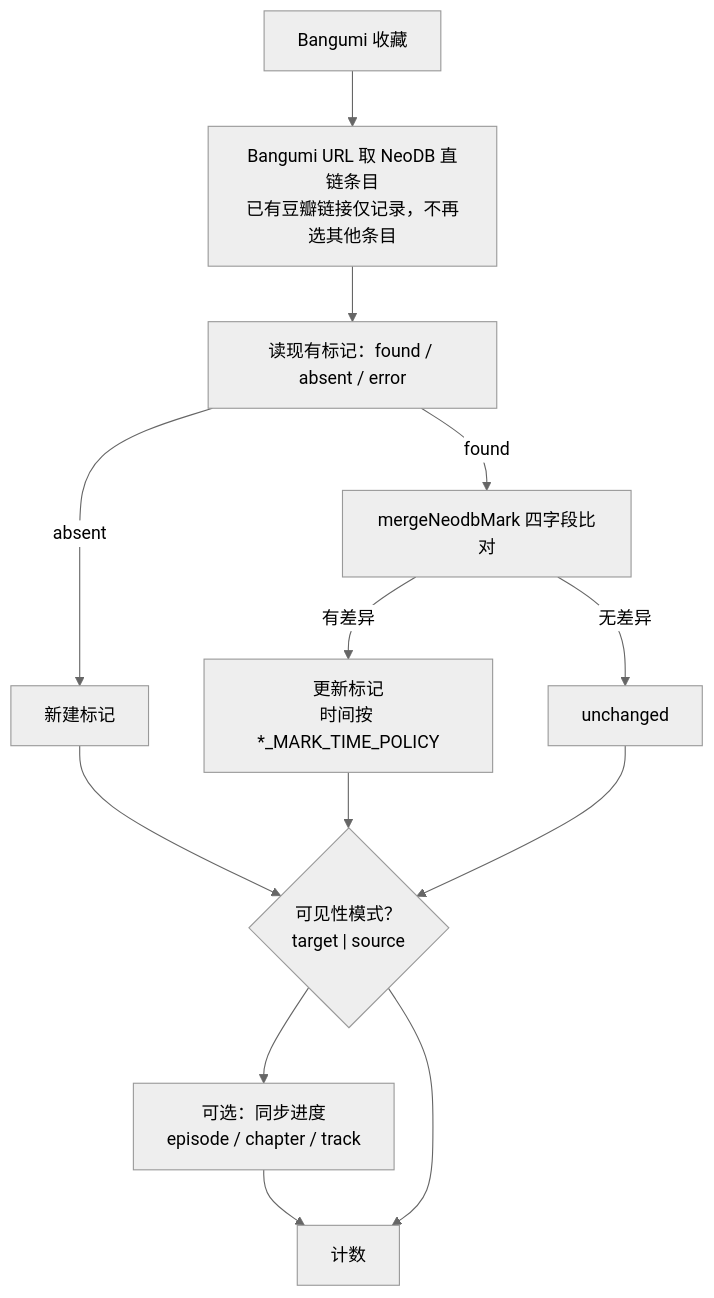
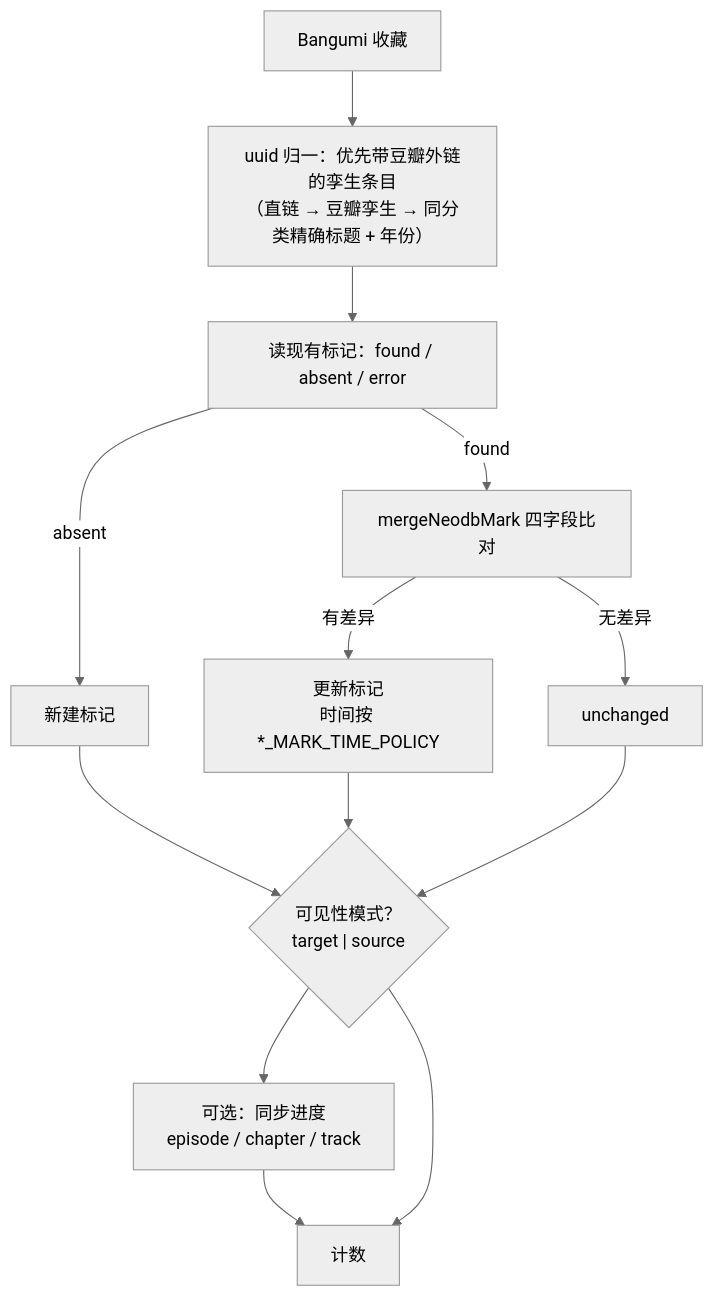
Before and after one commit to sachikoakina/Audiovisual-Transporter: the sixth of 10 diagrams in README.md, drawn with Mermaid (neutral theme). The commit also changed other lines of this file and 10 other files, not shown here.

First line of the commit message:
Revert "refactor(bangumi): resolve NeoDB targets by Bangumi URL only"

````diff
--- a/README.md
+++ b/README.md
@@ -136,15 +136,15 @@
 ```mermaid
 flowchart TD
-    A["Bangumi 收藏"] --> B["Bangumi URL 取 NeoDB 直链条目<br/>已有豆瓣链接仅记录，不再选其他条目"]
+    A["Bangumi 收藏"] --> B["uuid 归一：优先带豆瓣外链的孪生条目<br/>（直链 → 豆瓣孪生 → 同分类精确标题 + 年份）"]
     B --> C["读现有标记：found / absent / error"]
     C -->|absent| D["新建标记"]
     C -->|found| E["mergeNeodbMark 四字段比对"]
     E -->|有差异| F["更新标记<br/>时间按 *_MARK_TIME_POLICY"]
     E -->|无差异| G["unchanged"]
     D --> H{"可见性模式？<br/>target | source"}
     F --> H
     G --> H
     H --> I["可选：同步进度<br/>episode / chapter / track"]
     I --> Z["计数"]
     H --> Z
 ```
````
